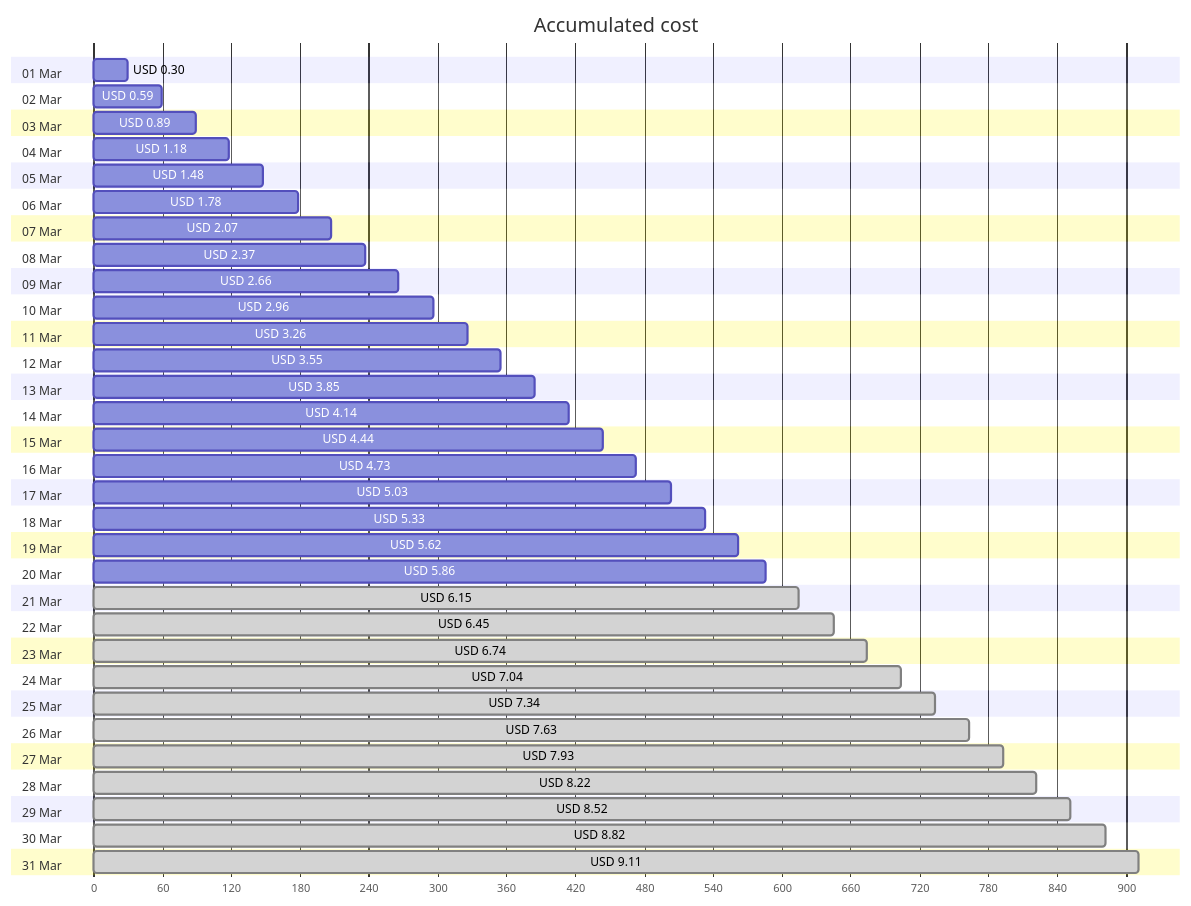
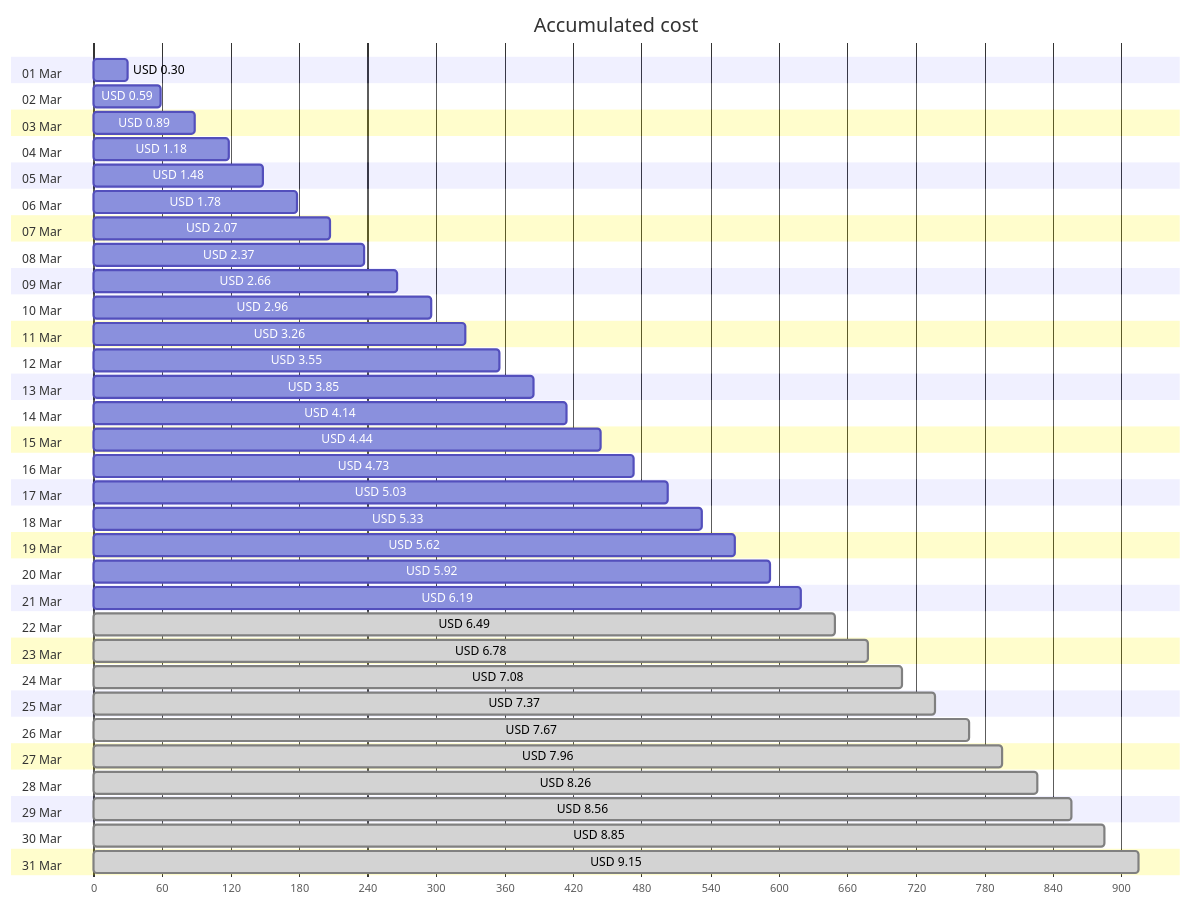
One commit to jpfulton/azure-personal-reports changed the first of 4 diagrams in cost-reports/personal-site/personal-site-preview.md. Above: the diagram before and after it, drawn with Mermaid. The commit also changed other lines of this file and 6 other files, not shown here.

````diff
--- a/cost-reports/personal-site/personal-site-preview.md
+++ b/cost-reports/personal-site/personal-site-preview.md
@@ -20,68 +20,68 @@
 ```mermaid
 gantt
    title Accumulated cost
    dateFormat  X
    axisFormat %s
    section 01 Mar
    USD 0.30 :0, 30
    section 02 Mar
    USD 0.59 :0, 59
    section 03 Mar
    USD 0.89 :0, 89
    section 04 Mar
    USD 1.18 :0, 118
    section 05 Mar
    USD 1.48 :0, 148
    section 06 Mar
    USD 1.78 :0, 178
    section 07 Mar
    USD 2.07 :0, 207
    section 08 Mar
    USD 2.37 :0, 237
    section 09 Mar
    USD 2.66 :0, 266
    section 10 Mar
    USD 2.96 :0, 296
    section 11 Mar
    USD 3.26 :0, 326
    section 12 Mar
    USD 3.55 :0, 355
    section 13 Mar
    USD 3.85 :0, 385
    section 14 Mar
    USD 4.14 :0, 414
    section 15 Mar
    USD 4.44 :0, 444
    section 16 Mar
    USD 4.73 :0, 473
    section 17 Mar
    USD 5.03 :0, 503
    section 18 Mar
    USD 5.33 :0, 533
    section 19 Mar
    USD 5.62 :0, 562
    section 20 Mar
-   USD 5.86 :0, 586
+   USD 5.92 :0, 592
    section 21 Mar
-   USD 6.15 : done, 0, 615
+   USD 6.19 :0, 619
    section 22 Mar
-   USD 6.45 : done, 0, 645
+   USD 6.49 : done, 0, 649
    section 23 Mar
-   USD 6.74 : done, 0, 674
+   USD 6.78 : done, 0, 678
    section 24 Mar
-   USD 7.04 : done, 0, 704
+   USD 7.08 : done, 0, 708
    section 25 Mar
-   USD 7.34 : done, 0, 734
+   USD 7.37 : done, 0, 737
    section 26 Mar
-   USD 7.63 : done, 0, 763
+   USD 7.67 : done, 0, 767
    section 27 Mar
-   USD 7.93 : done, 0, 793
+   USD 7.96 : done, 0, 796
    section 28 Mar
-   USD 8.22 : done, 0, 822
+   USD 8.26 : done, 0, 826
    section 29 Mar
-   USD 8.52 : done, 0, 852
+   USD 8.56 : done, 0, 856
    section 30 Mar
-   USD 8.82 : done, 0, 882
+   USD 8.85 : done, 0, 885
    section 31 Mar
-   USD 9.11 : done, 0, 911
+   USD 9.15 : done, 0, 915
 ```
````
